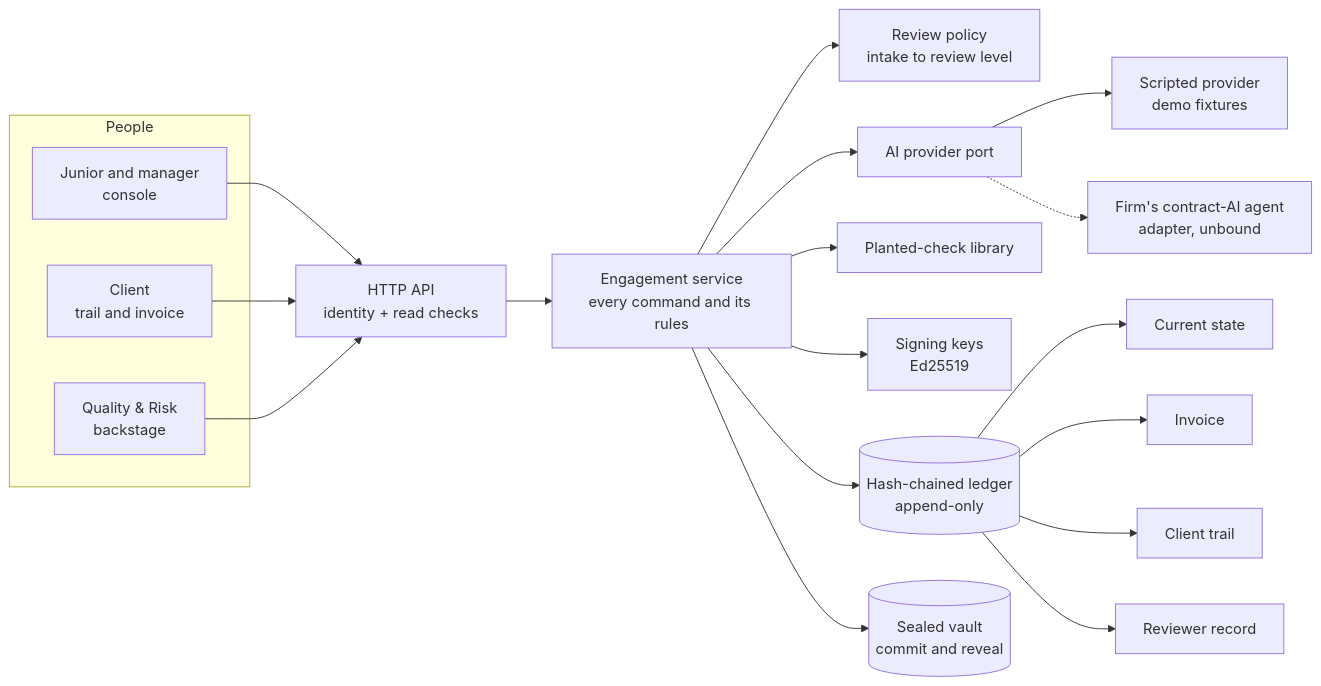
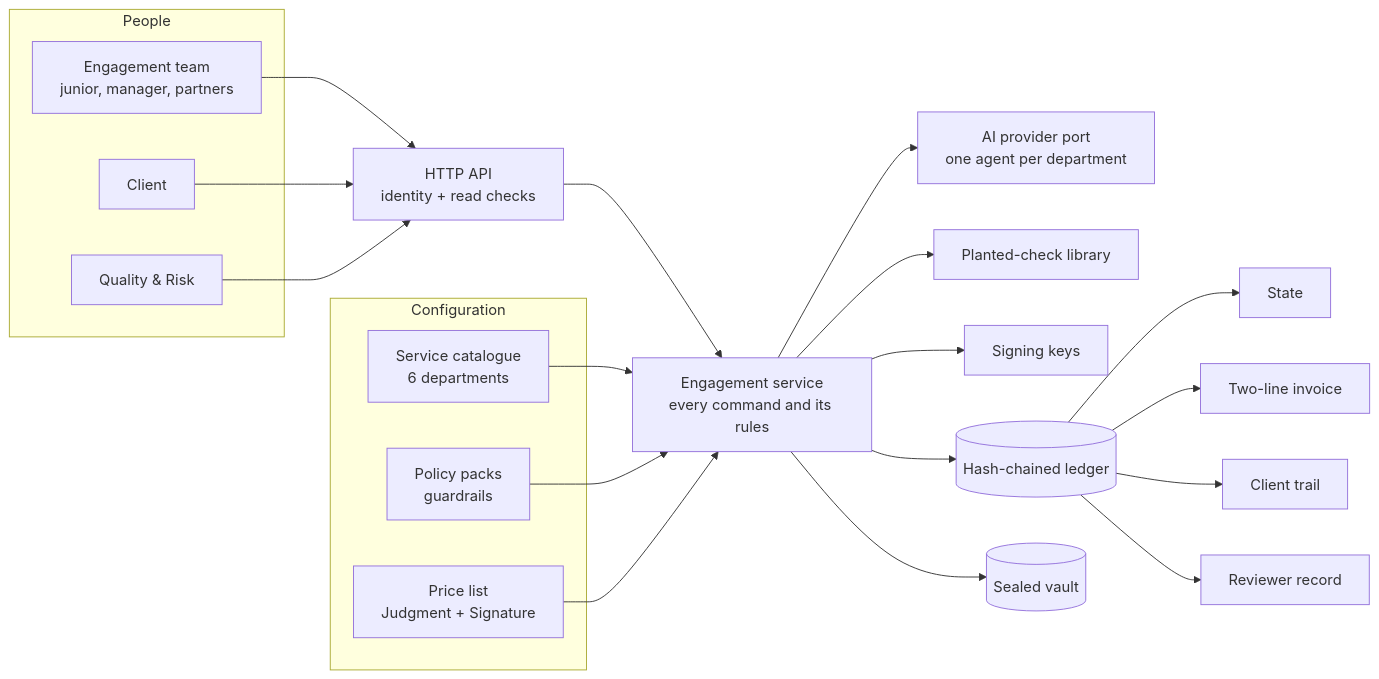
The diagram in README.md (hashsignn/HACKATHONAI), drawn with Mermaid before and after one commit. The commit also changed other lines of this file and 18 other files, not shown here.

First line of the commit message:
Docs: firm-wide README, convergence pricing, generated department catalogue, ADRs 4-7, demo script, screenshots

````diff
--- a/README.md
+++ b/README.md
@@ -60,22 +89,22 @@
 ```mermaid
 flowchart LR
   subgraph People
-    J[Junior and manager<br/>console]
-    C[Client<br/>trail and invoice]
-    Q[Quality & Risk<br/>backstage]
+    J[Engagement team<br/>junior, manager, partners]
+    C[Client]
+    Q[Quality & Risk]
   end
   J & C & Q --> API[HTTP API<br/>identity + read checks]
   API --> SVC[Engagement service<br/>every command and its rules]
-  SVC --> POL[Review policy<br/>intake to review level]
-  SVC --> AIP[AI provider port]
-  AIP --> FIX[Scripted provider<br/>demo fixtures]
-  AIP -.-> KA[Firm's contract-AI agent<br/>adapter, unbound]
+  subgraph Configuration
+    CAT[Service catalogue<br/>6 departments]
+    PP[Policy packs<br/>guardrails]
+    PL[Price list<br/>Judgment + Signature]
+  end
+  CAT & PP & PL --> SVC
+  SVC --> AIP[AI provider port<br/>one agent per department]
   SVC --> CTL[Planted-check library]
-  SVC --> KEY[Signing keys<br/>Ed25519]
-  SVC --> LED[(Hash-chained ledger<br/>append-only)]
-  SVC --> VLT[(Sealed vault<br/>commit and reveal)]
-  LED --> ST[Current state]
-  LED --> INV[Invoice]
-  LED --> TR[Client trail]
-  LED --> RQ[Reviewer record]
+  SVC --> KEY[Signing keys]
+  SVC --> LED[(Hash-chained ledger)]
+  SVC --> VLT[(Sealed vault)]
+  LED --> ST[State] & INV[Two-line invoice] & TR[Client trail] & RQ[Reviewer record]
 ```
````
